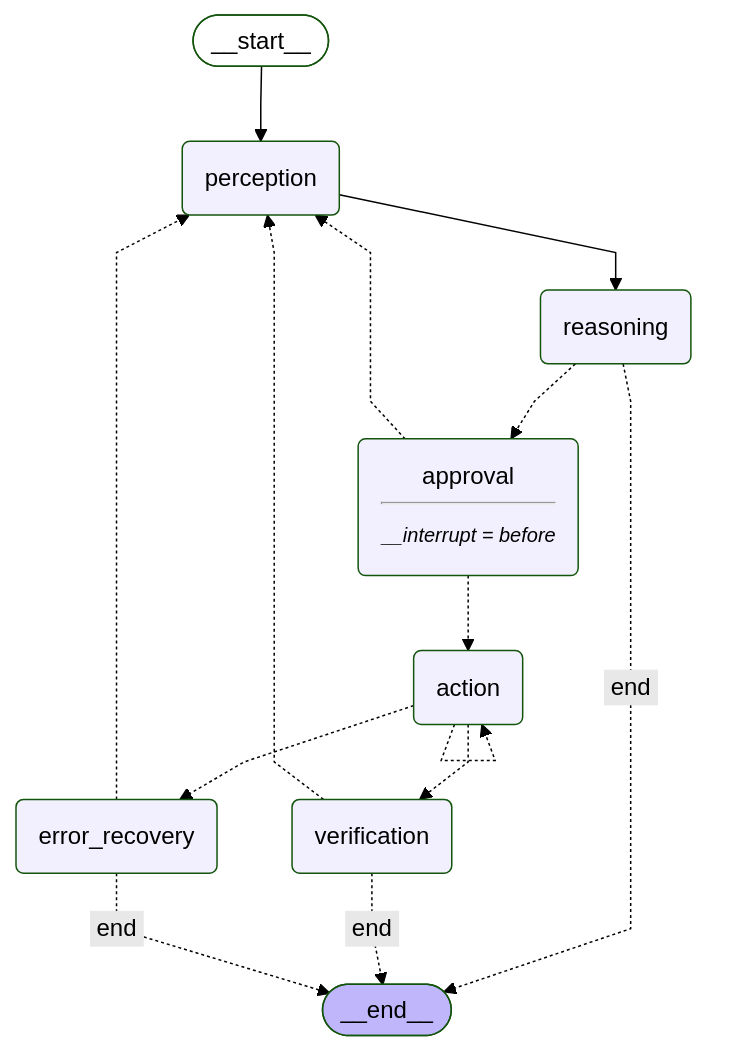
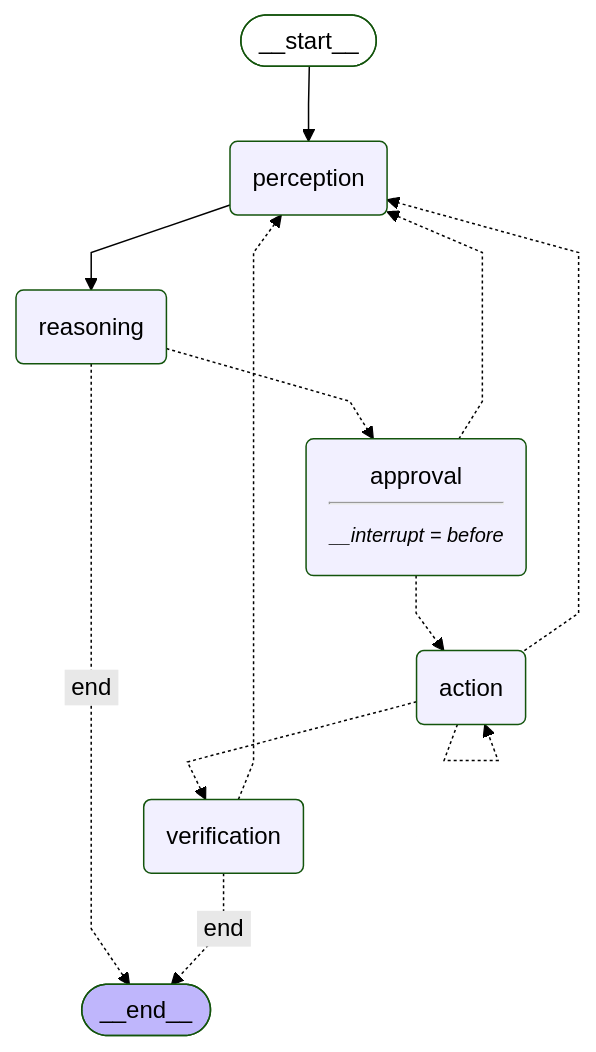
One commit to Youssef-Hossam2274/inspace-desktop changed the diagram in workflow.mmd. Above: the diagram before and after it, drawn with Mermaid (forest theme). The commit also changed 11 other files, not shown here.

```diff
--- a/workflow.mmd
+++ b/workflow.mmd
@@ -1,26 +1,23 @@
 %%{init: {'flowchart': {'curve': 'linear'}}}%%
 graph TD;
 	__start__([<p>__start__</p>]):::first
 	perception(perception)
 	reasoning(reasoning)
 	approval(approval<hr/><small><em>__interrupt = before</em></small>)
 	action(action)
 	verification(verification)
-	error_recovery(error_recovery)
 	__end__([<p>__end__</p>]):::last
 	__start__ --> perception;
 	perception --> reasoning;
 	reasoning -.-> approval;
 	reasoning -. &nbsp;end&nbsp; .-> __end__;
 	approval -.-> action;
 	approval -.-> perception;
 	action -.-> verification;
-	action -.-> error_recovery;
+	action -.-> perception;
 	verification -.-> perception;
 	verification -. &nbsp;end&nbsp; .-> __end__;
-	error_recovery -.-> perception;
-	error_recovery -. &nbsp;end&nbsp; .-> __end__;
 	action -.-> action;
 	classDef default fill:#f2f0ff,line-height:1.2;
 	classDef first fill-opacity:0;
 	classDef last fill:#bfb6fc;
```
